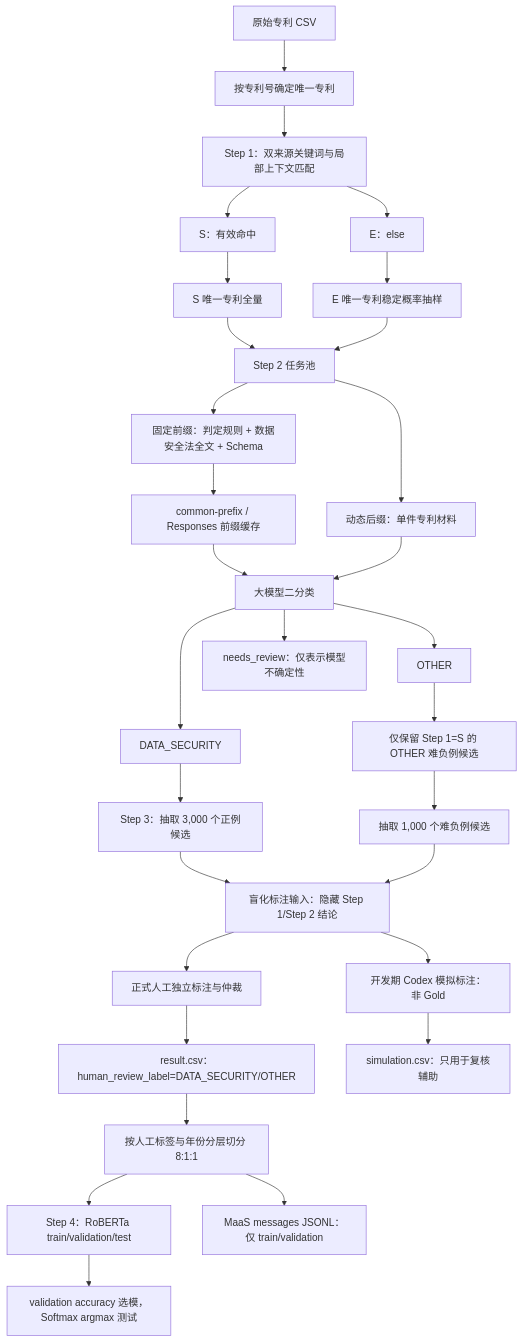
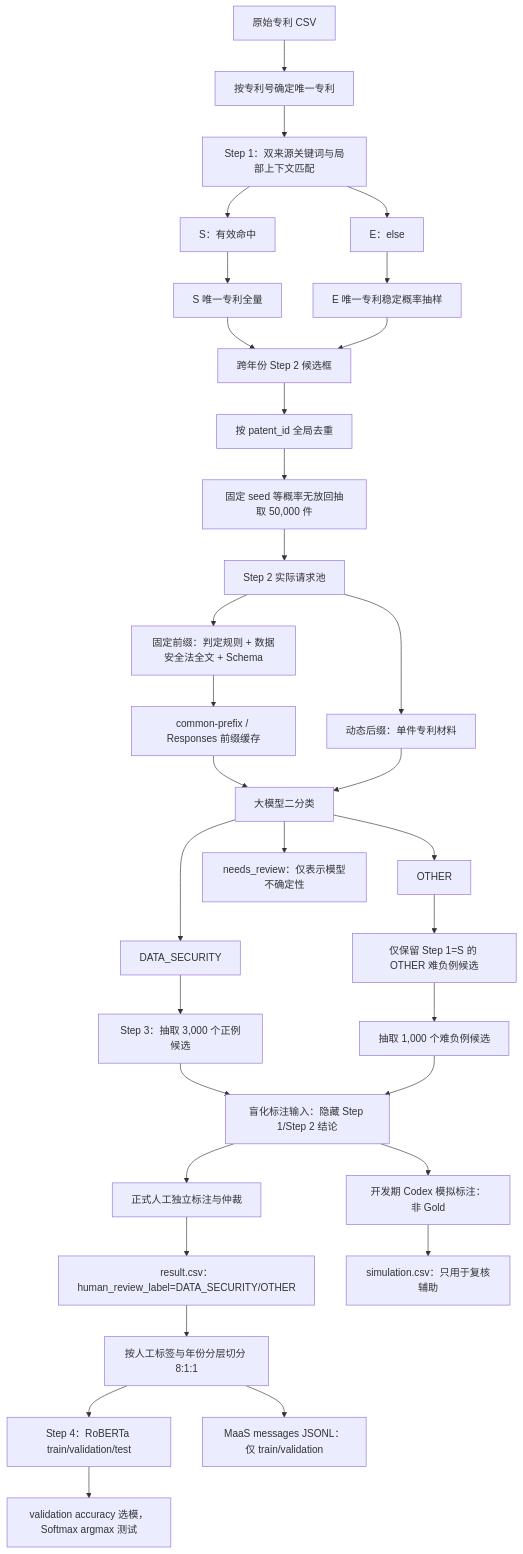
The diagram in docs/patent_identification_methodology.md (icy-swan/patent-data-security), drawn with Mermaid before and after one commit. The commit also changed other lines of this file and 1 other file, not shown here.

````diff
--- a/docs/patent_identification_methodology.md
+++ b/docs/patent_identification_methodology.md
@@ -74,32 +75,35 @@
 ```mermaid
 flowchart TB
     A["原始专利 CSV"] --> DEDUP["按专利号确定唯一专利"]
     DEDUP --> K["Step 1：双来源关键词与局部上下文匹配"]
     K --> S["S：有效命中"]
     K --> E["E：else"]
     S --> SA["S 唯一专利全量"]
     E --> ES["E 唯一专利稳定概率抽样"]
-    SA --> Q["Step 2 任务池"]
+    SA --> Q["跨年份 Step 2 候选框"]
     ES --> Q
-    Q --> P["固定前缀：判定规则 + 数据安全法全文 + Schema"]
-    Q --> X["动态后缀：单件专利材料"]
+    Q --> GDEDUP["按 patent_id 全局去重"]
+    GDEDUP --> SAMPLE["固定 seed 等概率无放回抽取 50,000 件"]
+    SAMPLE --> REQUESTS["Step 2 实际请求池"]
+    REQUESTS --> P["固定前缀：判定规则 + 数据安全法全文 + Schema"]
+    REQUESTS --> X["动态后缀：单件专利材料"]
     P --> CACHE["common-prefix / Responses 前缀缓存"]
     CACHE --> LLM["大模型二分类"]
     X --> LLM
     LLM --> DS["DATA_SECURITY"]
     LLM --> O["OTHER"]
     LLM --> REVIEW["needs_review：仅表示模型不确定性"]
     DS --> POS["Step 3：抽取 3,000 个正例候选"]
     O --> HARD["仅保留 Step 1=S 的 OTHER 难负例候选"]
     HARD --> NEG["抽取 1,000 个难负例候选"]
     POS --> BLIND["盲化标注输入：隐藏 Step 1/Step 2 结论"]
     NEG --> BLIND
     BLIND --> HUMAN["正式人工独立标注与仲裁"]
     BLIND --> CODEX["开发期 Codex 模拟标注：非 Gold"]
     HUMAN --> RESULTS["result.csv：human_review_label=DATA_SECURITY/OTHER"]
     CODEX --> SIMULATION["simulation.csv：只用于复核辅助"]
     RESULTS --> SPLIT["按人工标签与年份分层切分 8:1:1"]
     SPLIT --> RDATA["Step 4：RoBERTa train/validation/test"]
     RDATA --> ROBERTA["validation accuracy 选模，Softmax argmax 测试"]
     SPLIT --> SFT["MaaS messages JSONL：仅 train/validation"]
 ```
````
